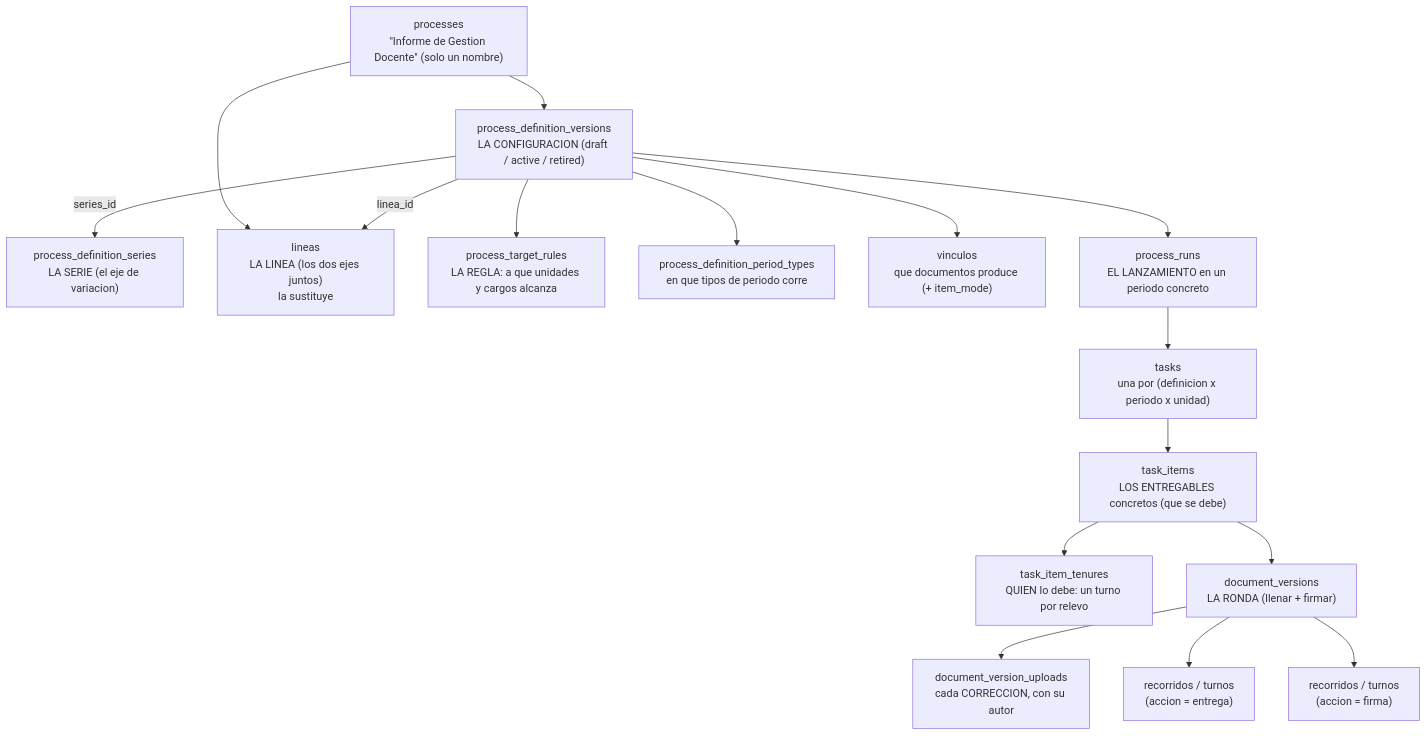
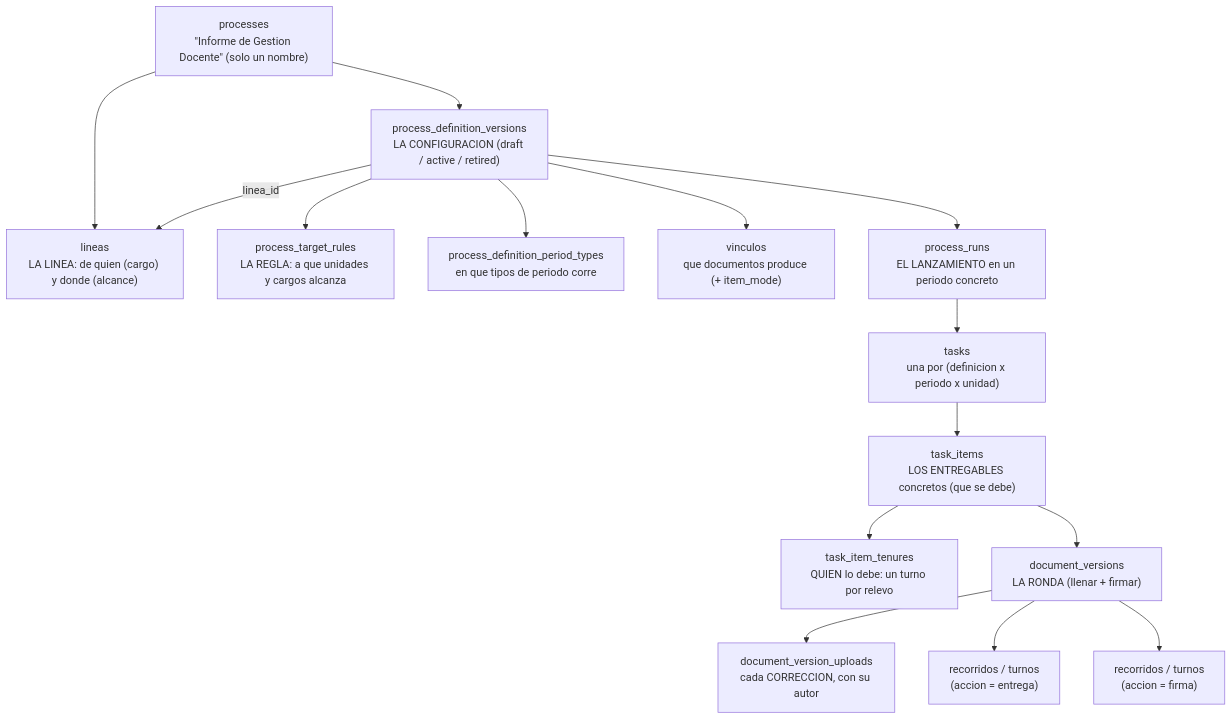
The diagram in docs/src/content/docs/datos/motor-de-procesos.md (fresvel/deasy), drawn with Mermaid before and after one commit. The commit also changed other lines of this file and 62 other files, not shown here.

````diff
--- a/docs/src/content/docs/datos/motor-de-procesos.md
+++ b/docs/src/content/docs/datos/motor-de-procesos.md
@@ -11,35 +11,33 @@
 ```mermaid
 %% diagrama 08 — el motor de procesos, de la definicion al documento entregado y firmado
 flowchart TD
     PROC["processes<br/>#quot;Informe de Gestion Docente#quot; (solo un nombre)"]
     PDV["process_definition_versions<br/>LA CONFIGURACION (draft / active / retired)"]
-    PDS["process_definition_series<br/>LA SERIE (el eje de variacion)"]
-    LIN["lineas<br/>LA LINEA (los dos ejes juntos)<br/>la sustituye"]
+    LIN["lineas<br/>LA LINEA: de quien (cargo) y donde (alcance)"]
     PTR["process_target_rules<br/>LA REGLA: a que unidades y cargos alcanza"]
     PDPT["process_definition_period_types<br/>en que tipos de periodo corre"]
     PDT["vinculos<br/>que documentos produce (+ item_mode)"]
     RUNS["process_runs<br/>EL LANZAMIENTO en un periodo concreto"]
     TSK["tasks<br/>una por (definicion x periodo x unidad)"]
     ITM["task_items<br/>LOS ENTREGABLES concretos (que se debe)"]
     TEN["task_item_tenures<br/>QUIEN lo debe: un turno por relevo"]
     DVER["document_versions<br/>LA RONDA (llenar + firmar)"]
     DVU["document_version_uploads<br/>cada CORRECCION, con su autor"]
     FILL["recorridos / turnos<br/>(accion = entrega)"]
     SIG["recorridos / turnos<br/>(accion = firma)"]
 
     PROC --> PDV
     PROC --> LIN
-    PDV -->|"series_id"| PDS
     PDV -->|"linea_id"| LIN
     PDV --> PTR
     PDV --> PDPT
     PDV --> PDT
     PDV --> RUNS
     RUNS --> TSK
     TSK --> ITM
     ITM --> TEN
     ITM --> DVER
     DVER --> DVU
     DVER --> FILL
     DVER --> SIG
 ```
````
